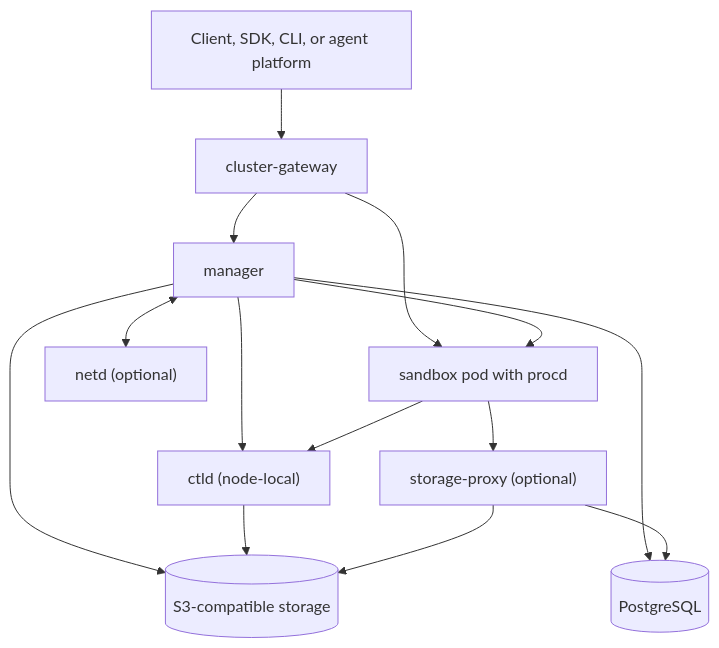
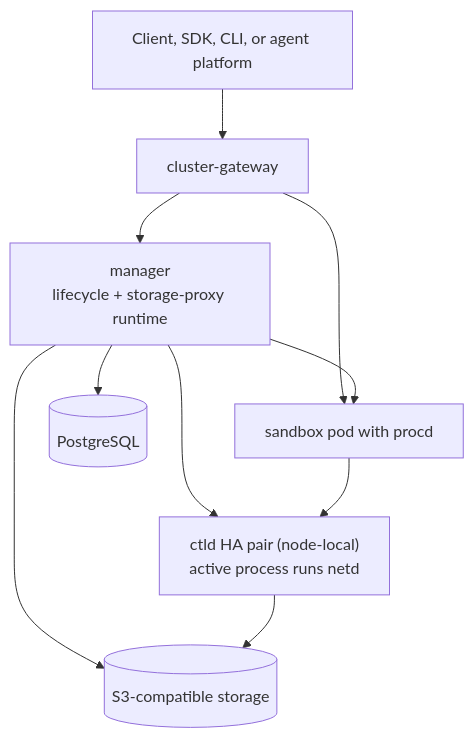
Before and after one commit to sandbox0-ai/sandbox0: the second of 2 diagrams in README.md, drawn with Mermaid. The commit also changed other lines of this file and 72 other files, not shown here.

First line of the commit message:
feat: consolidate storage-proxy into manager and netd into ctld (#708)

````diff
--- a/README.md
+++ b/README.md
@@ -163,16 +163,12 @@
 ```mermaid
 flowchart TB
     client["Client, SDK, CLI, or agent platform"] --> cgw["cluster-gateway"]
-    cgw --> mgr["manager"]
+    cgw --> mgr["manager<br/>lifecycle + storage-proxy runtime"]
     cgw --> pod["sandbox pod with procd"]
     mgr --> pod
-    mgr --> ctld["ctld (node-local)"]
-    mgr <--> netd["netd (optional)"]
+    mgr --> ctld["ctld HA pair (node-local)<br/>active process runs netd"]
     pod --> ctld
-    pod --> sp["storage-proxy (optional)"]
     mgr --> pg[("PostgreSQL")]
     mgr --> s3[("S3-compatible storage")]
     ctld --> s3
-    sp --> pg
-    sp --> s3
 ```
````
